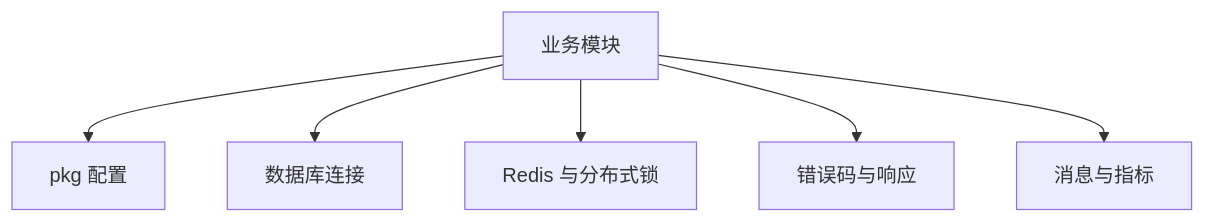
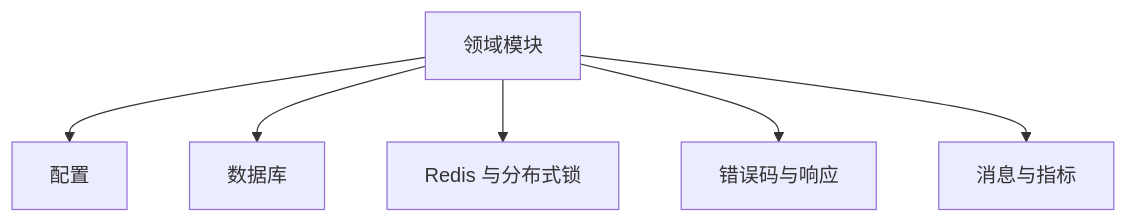
The diagram in docs/modules/12-共享基础设施与公共组件.md (bitladykiller/zhiguang_go), drawn with Mermaid before and after one commit. The commit also changed other lines of this file and 13 other files, not shown here.

````diff
--- a/docs/modules/12-共享基础设施与公共组件.md
+++ b/docs/modules/12-共享基础设施与公共组件.md
@@ -240,8 +20,8 @@
 ```mermaid
 flowchart TD
-    A[业务模块] --> B[pkg 配置]
-    A --> C[数据库连接]
+    A[领域模块] --> B[配置]
+    A --> C[数据库]
     A --> D[Redis 与分布式锁]
     A --> E[错误码与响应]
     A --> F[消息与指标]
 ```
````
